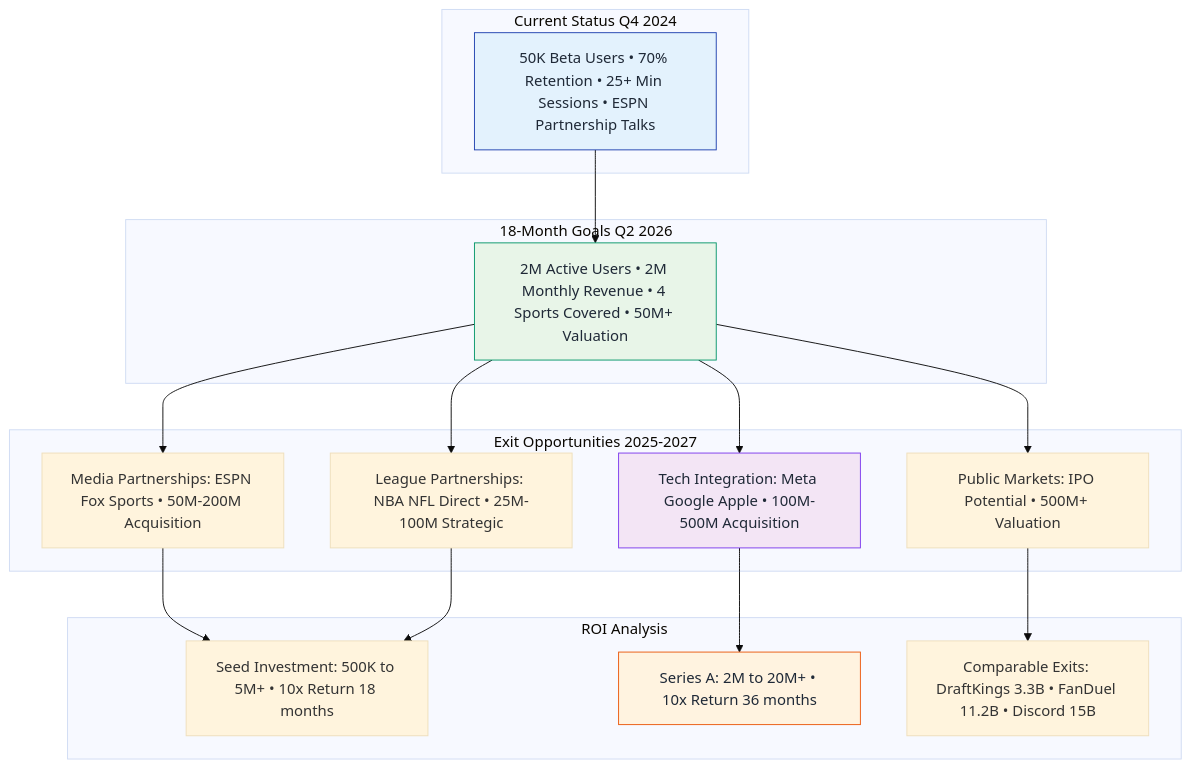
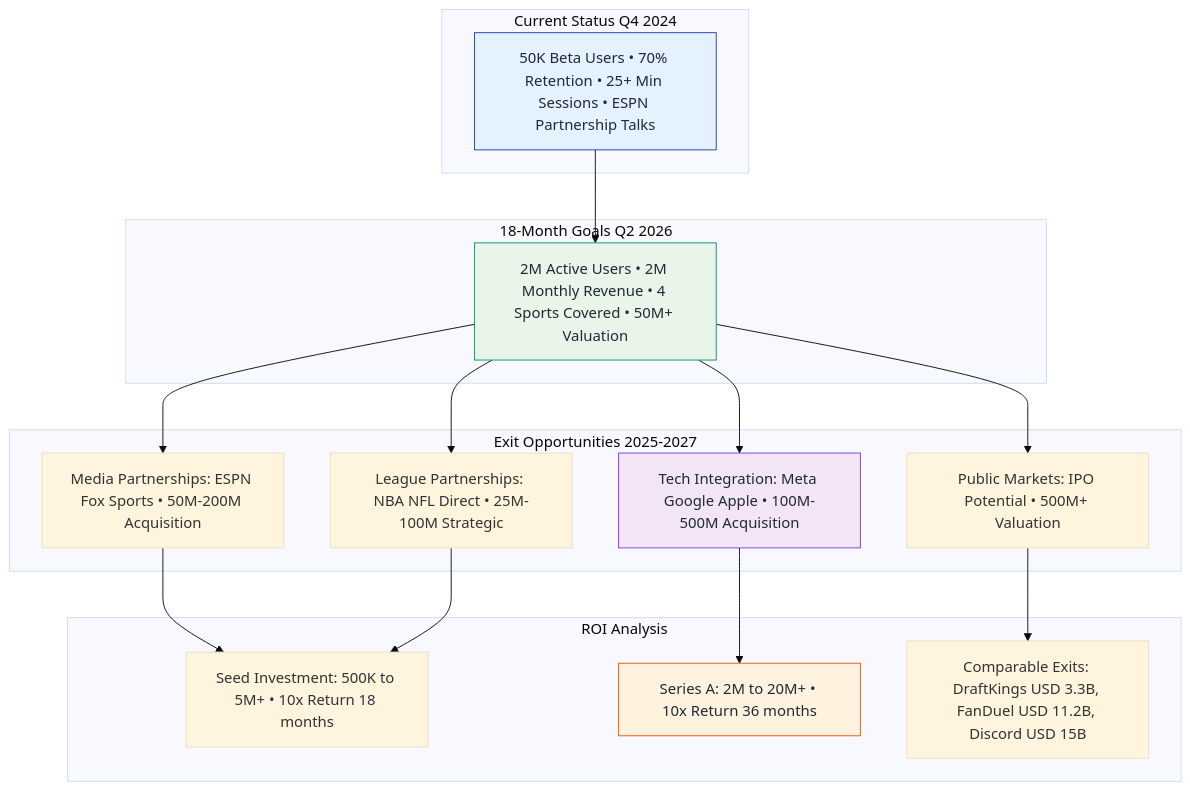
The eighth of 9 diagrams in docs/investor-flows.md (SkaFld-Ignite/ref-u-wireframes), drawn with Mermaid (base theme) before and after one commit.

Commit message:
Fix Mermaid syntax error in Growth & Exit Strategy section
- Fixed malformed ROI Analysis node definitions
- Removed dollar signs and special characters causing parser errors
- Separated D2 and D3 nodes with proper syntax
- Updated comparable exits formatting for better readability

🤖 Generated with [Claude Code](https://claude.ai/code)

````diff
--- a/docs/investor-flows.md
+++ b/docs/investor-flows.md
@@ -337,39 +337,39 @@
 ```mermaid
 graph TB
     subgraph "Current Status Q4 2024"
         A1[50K Beta Users • 70% Retention • 25+ Min Sessions • ESPN Partnership Talks]
     end
     
     subgraph "18-Month Goals Q2 2026"
         B1[2M Active Users • 2M Monthly Revenue • 4 Sports Covered • 50M+ Valuation]
     end
     
     subgraph "Exit Opportunities 2025-2027"
         C1[Media Partnerships: ESPN Fox Sports • 50M-200M Acquisition]
         C2[Tech Integration: Meta Google Apple • 100M-500M Acquisition]
         C3[League Partnerships: NBA NFL Direct • 25M-100M Strategic]
         C4[Public Markets: IPO Potential • 500M+ Valuation]
     end
     
     subgraph "ROI Analysis"
         D1[Seed Investment: 500K to 5M+ • 10x Return 18 months]
         D2[Series A: 2M to 20M+ • 10x Return 36 months]
-        D3[Comparable Exits: DraftKings 3.3B • FanDuel 11.2B • Discord 15B]
+        D3[Comparable Exits: DraftKings USD 3.3B, FanDuel USD 11.2B, Discord USD 15B]
     end
     
     A1 --> B1
     B1 --> C1
     B1 --> C2
     B1 --> C3
     B1 --> C4
     
     C1 --> D1
     C2 --> D2
     C3 --> D1
     C4 --> D3
     
     style A1 fill:#e3f2fd,stroke:#1e40af,color:#1f2937
     style B1 fill:#e8f5e8,stroke:#059669,color:#1f2937
     style C2 fill:#f3e5f5,stroke:#7c3aed,color:#1f2937
     style D2 fill:#fff3e0,stroke:#ea580c,color:#1f2937
 ```
````
